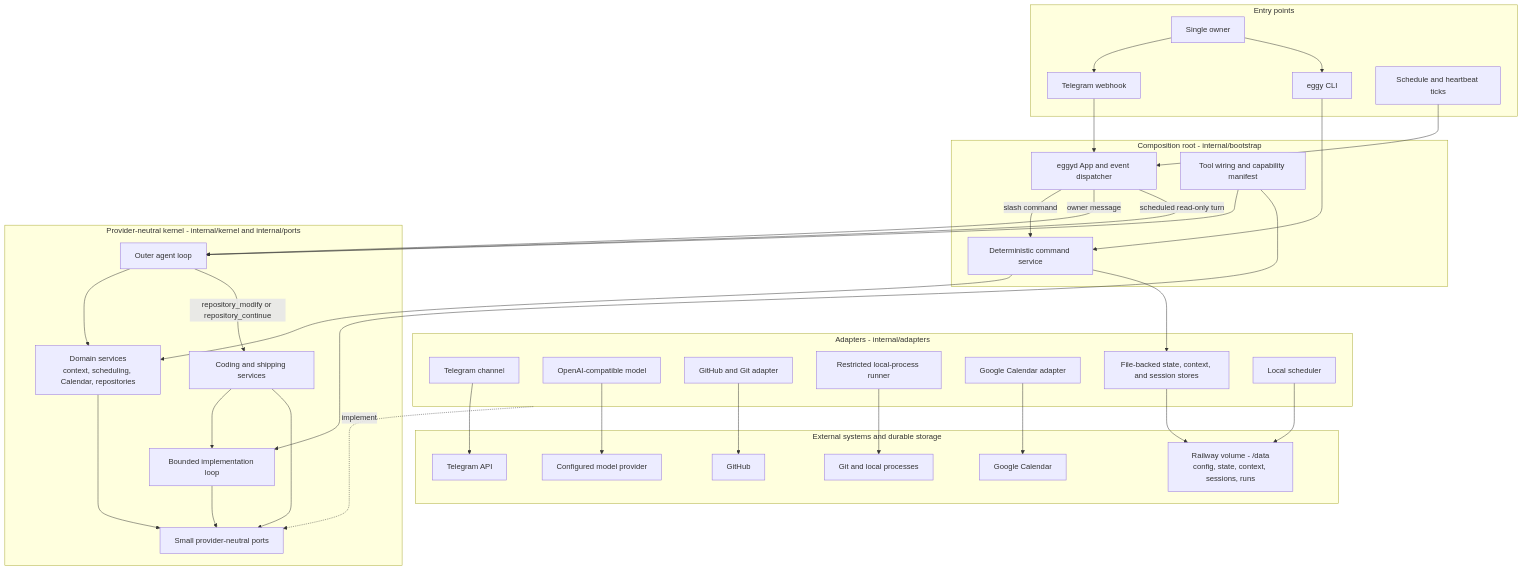
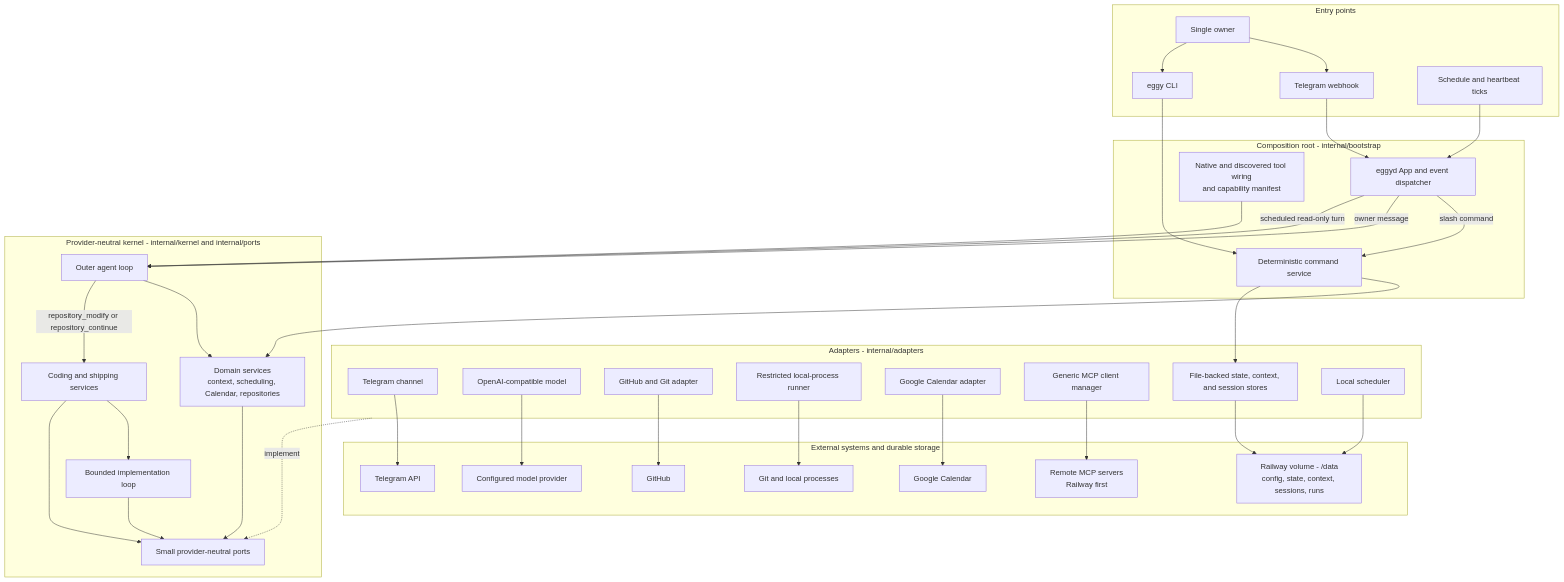
One commit to nigelteosw/eggy changed the diagram in docs/ARCHITECTURE.md. Above: the diagram before and after it, drawn with Mermaid. The commit also changed other lines of this file and 2 other files, not shown here.

Commit message:
docs: explain Railway MCP setup

````diff
--- a/docs/ARCHITECTURE.md
+++ b/docs/ARCHITECTURE.md
@@ -24,74 +24,76 @@
 ```mermaid
 flowchart TB
     subgraph entry[Entry points]
         owner[Single owner]
         telegram[Telegram webhook]
         cli[eggy CLI]
         clock[Schedule and heartbeat ticks]
 
         owner --> telegram
         owner --> cli
     end
 
     subgraph composition[Composition root - internal/bootstrap]
         daemon[eggyd App and event dispatcher]
         commands[Deterministic command service]
-        registry[Tool wiring and capability manifest]
+        registry[Native and discovered tool wiring<br/>and capability manifest]
     end
 
     telegram --> daemon
     clock --> daemon
     cli --> commands
     daemon -->|slash command| commands
 
     subgraph kernel[Provider-neutral kernel - internal/kernel and internal/ports]
         outer[Outer agent loop]
         services[Domain services<br/>context, scheduling, Calendar, repositories]
         coding[Coding and shipping services]
         inner[Bounded implementation loop]
         ports[Small provider-neutral ports]
 
         outer --> services
         outer -->|repository_modify or repository_continue| coding
         coding --> inner
         services --> ports
         coding --> ports
         inner --> ports
     end
 
     daemon -->|owner message| outer
     daemon -->|scheduled read-only turn| outer
     commands --> services
     registry --> outer
-    registry --> inner
 
     subgraph adapters[Adapters - internal/adapters]
         channelAdapter[Telegram channel]
         modelAdapter[OpenAI-compatible model]
         repositoryAdapter[GitHub and Git adapter]
         runnerAdapter[Restricted local-process runner]
         calendarAdapter[Google Calendar adapter]
+        mcpAdapter[Generic MCP client manager]
         stores[File-backed state, context, and session stores]
         schedulerAdapter[Local scheduler]
     end
 
     adapters -. implement .-> ports
     commands --> stores
 
     subgraph systems[External systems and durable storage]
         telegramAPI[Telegram API]
         modelAPI[Configured model provider]
         github[GitHub]
         google[Google Calendar]
+        mcpServers[Remote MCP servers<br/>Railway first]
         process[Git and local processes]
         data[Railway volume - /data<br/>config, state, context, sessions, runs]
     end
 
     channelAdapter --> telegramAPI
     modelAdapter --> modelAPI
     repositoryAdapter --> github
     runnerAdapter --> process
     calendarAdapter --> google
+    mcpAdapter --> mcpServers
     stores --> data
     schedulerAdapter --> data
 ```
````
